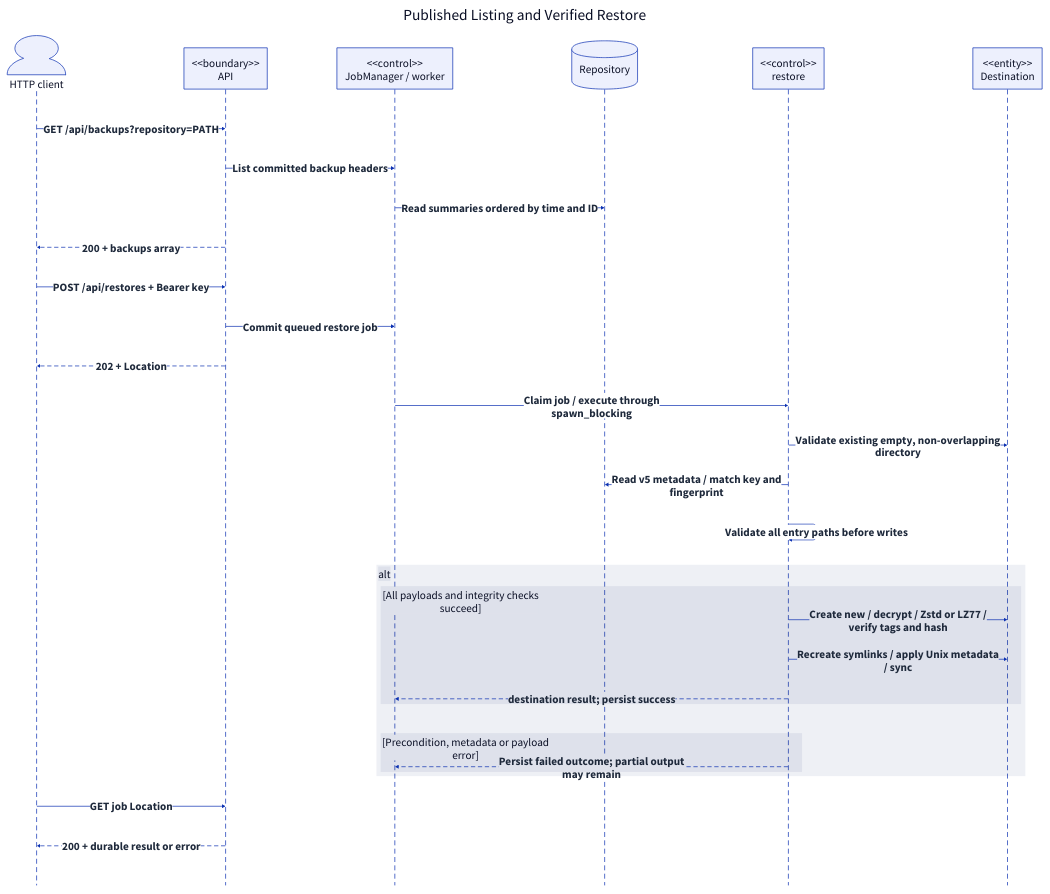
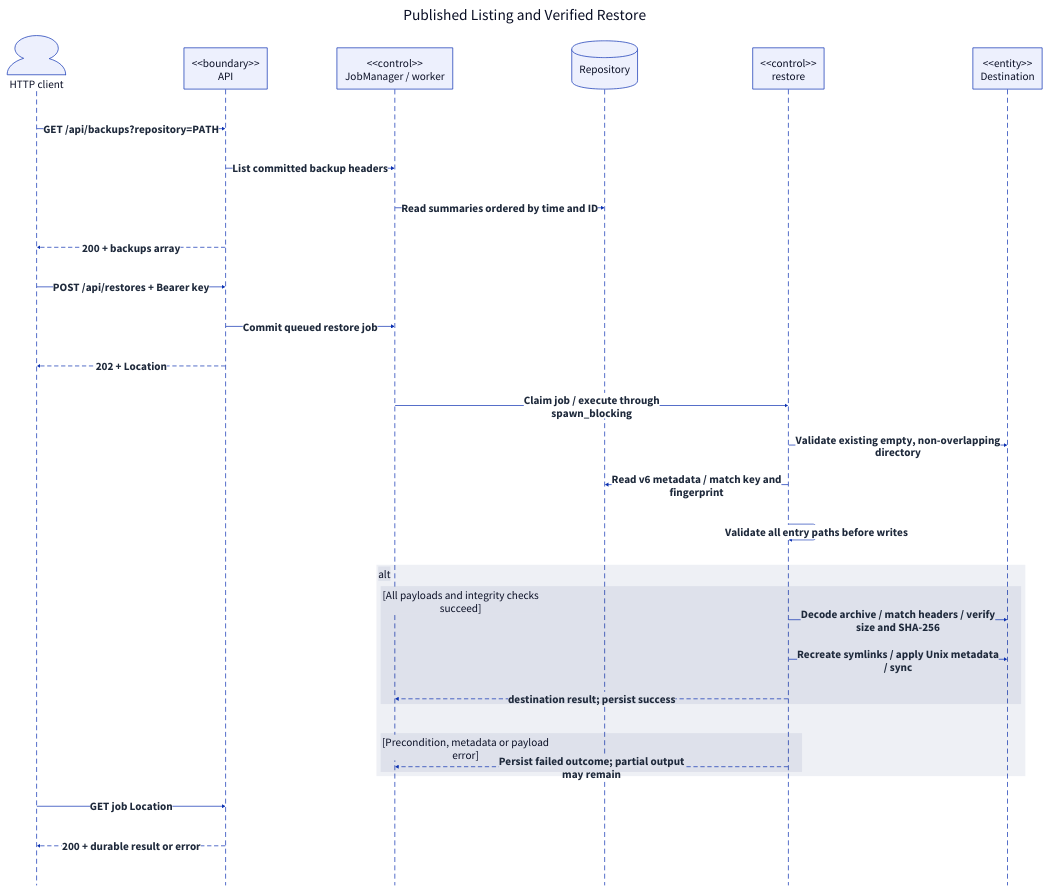
Before and after one commit to qi7876/software-development-exp: the diagram in docs/report/generated/system-sequence-restore.d2, drawn with D2. The commit also changed 18 other files, not shown here.

```diff
--- a/docs/report/generated/system-sequence-restore.d2
+++ b/docs/report/generated/system-sequence-restore.d2
@@ -1,41 +1,41 @@
 # Generated from docs/report/model.yaml; do not edit directly.
 direction: down
 **.style.font-size: 32
 (** -> **)[*].style: {font-size: 32; bold: true; italic: false; font-color: "#1E293B"}
 (** -- **)[*].style: {font-size: 32; bold: true; italic: false; font-color: "#1E293B"}
 (** <- **)[*].style: {font-size: 32; bold: true; italic: false; font-color: "#1E293B"}
 diagram: "Published Listing and Verified Restore" {
   style.font-size: 44
   style.fill: white
   style.stroke: transparent
   shape: sequence_diagram
   Client: "HTTP client" {shape: person}
   API: "<<boundary>>\nAPI" {shape: rectangle}
   Jobs: "<<control>>\nJobManager / worker" {shape: rectangle}
   Repo: "Repository" {shape: cylinder}
   Restore: "<<control>>\nrestore" {shape: rectangle}
   Dest: "<<entity>>\nDestination" {shape: rectangle}
   Client -> API: "GET /api/backups?repository=PATH"
   API -> Jobs: "List committed backup headers"
   Jobs -> Repo: "Read summaries ordered by time and ID"
   API -> Client: "200 + backups array" {style.stroke-dash: 5}
   Client -> API: "POST /api/restores + Bearer key"
   API -> Jobs: "Commit queued restore job"
   API -> Client: "202 + Location" {style.stroke-dash: 5}
   Jobs -> Restore: "Claim job / execute through\nspawn_blocking"
   Restore -> Dest: "Validate existing empty, non-overlapping\ndirectory"
-  Restore -> Repo: "Read v5 metadata / match key and\nfingerprint"
+  Restore -> Repo: "Read v6 metadata / match key and\nfingerprint"
   Restore -> Restore: "Validate all entry paths before writes"
   fragment_11: alt {
     branch_11: "[All payloads and integrity checks\nsucceed]" {
-      Restore -> Dest: "Create new / decrypt / Zstd or LZ77 /\nverify tags and hash"
+      Restore -> Dest: "Decode archive / match headers / verify\nsize and SHA-256"
       Restore -> Dest: "Recreate symlinks / apply Unix metadata\n/ sync"
       Restore -> Jobs: "destination result; persist success" {style.stroke-dash: 5}
     }
     branch_15: "[Precondition, metadata or payload\nerror]" {
       Restore -> Jobs: "Persist failed outcome; partial output\nmay remain" {style.stroke-dash: 5}
     }
   }
   Client -> API: "GET job Location"
   API -> Client: "200 + durable result or error" {style.stroke-dash: 5}
 }
```
